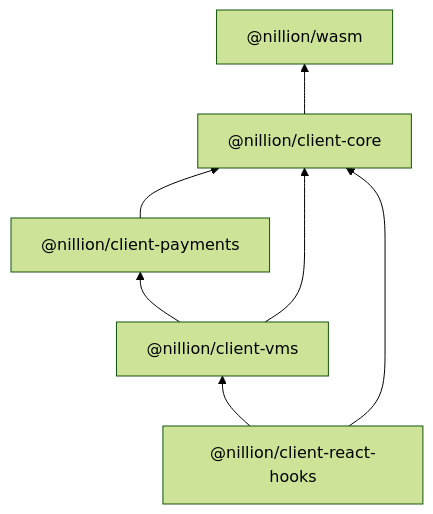
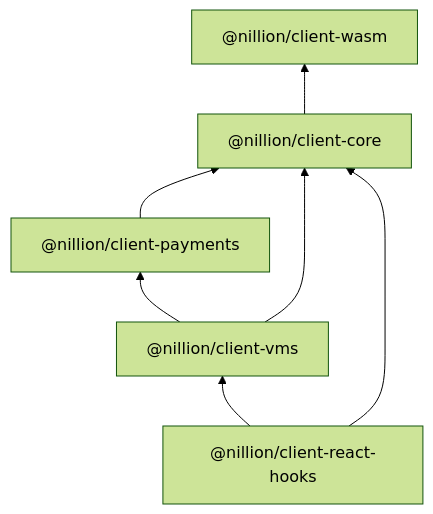
One commit to NillionNetwork/client-ts changed the diagram in README.md. Above: the diagram before and after it, drawn with Mermaid (forest theme). The commit also changed other lines of this file, not shown here.

````diff
--- a/README.md
+++ b/README.md
@@ -34,9 +187,9 @@
 ```mermaid
 graph BT
-    core["@nillion/client-core"] --> wasm["@nillion/wasm"]
+    core["@nillion/client-core"] --> wasm["@nillion/client-wasm"]
     payments["@nillion/client-payments"] --> core["@nillion/client-core"]
     client["@nillion/client-vms"] --> payments["@nillion/client-payments"]
     client["@nillion/client-vms"] --> core["@nillion/client-core"]
     react["@nillion/client-react-hooks"] --> core["@nillion/client-core"]
     react["@nillion/client-react-hooks"] --> client["@nillion/client-vms"]
 ```
````
